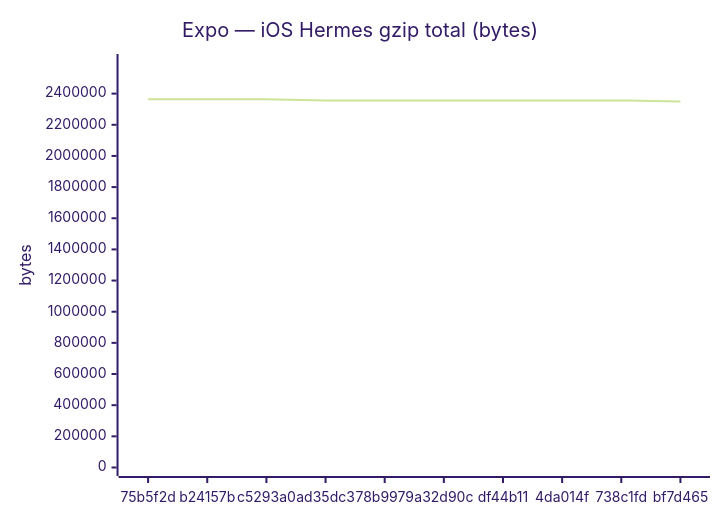
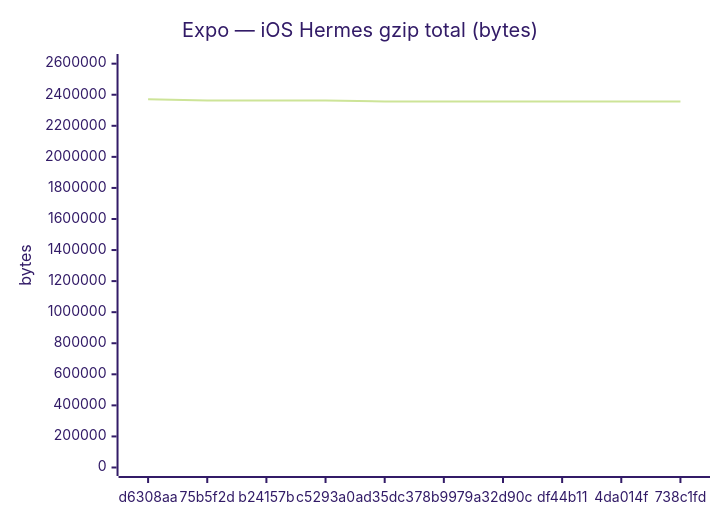
The eighth of 24 diagrams in benchmarks/compare.md (Metaheurist/Rianell), drawn with Mermaid (forest theme) before and after one commit. The commit also changed other lines of this file and 14 other files, not shown here.

````diff
--- a/benchmarks/compare.md
+++ b/benchmarks/compare.md
@@ -123,7 +123,7 @@
 ```mermaid
 xychart-beta
     title "Expo — iOS Hermes gzip total (bytes)"
-    x-axis ["75b5f2d", "b24157b", "c5293a0", "ad35dc3", "78b9979", "a32d90c", "df44b11", "4da014f", "738c1fd", "bf7d465"]
-    y-axis "bytes" 0 --> 2599775
-    line [2363429, 2363431, 2363430, 2356086, 2356086, 2356058, 2356058, 2356060, 2356059, 2350178]
+    x-axis ["d6308aa", "75b5f2d", "b24157b", "c5293a0", "ad35dc3", "78b9979", "a32d90c", "df44b11", "4da014f", "738c1fd"]
+    y-axis "bytes" 0 --> 2607543
+    line [2370493, 2363429, 2363431, 2363430, 2356086, 2356086, 2356058, 2356058, 2356060, 2356059]
 ```
````
